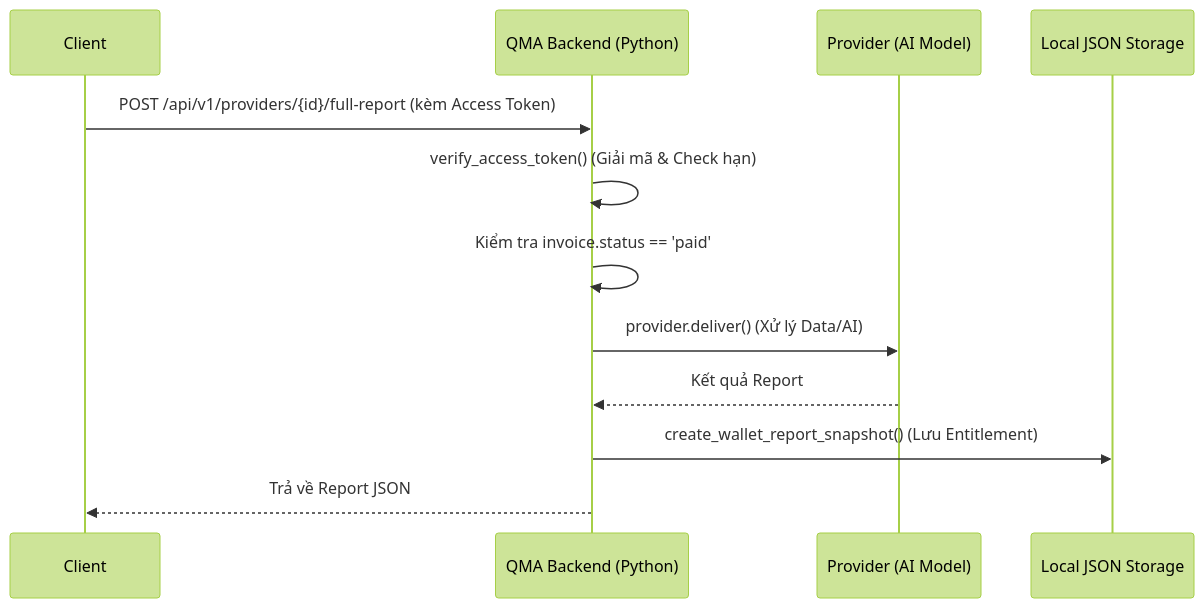
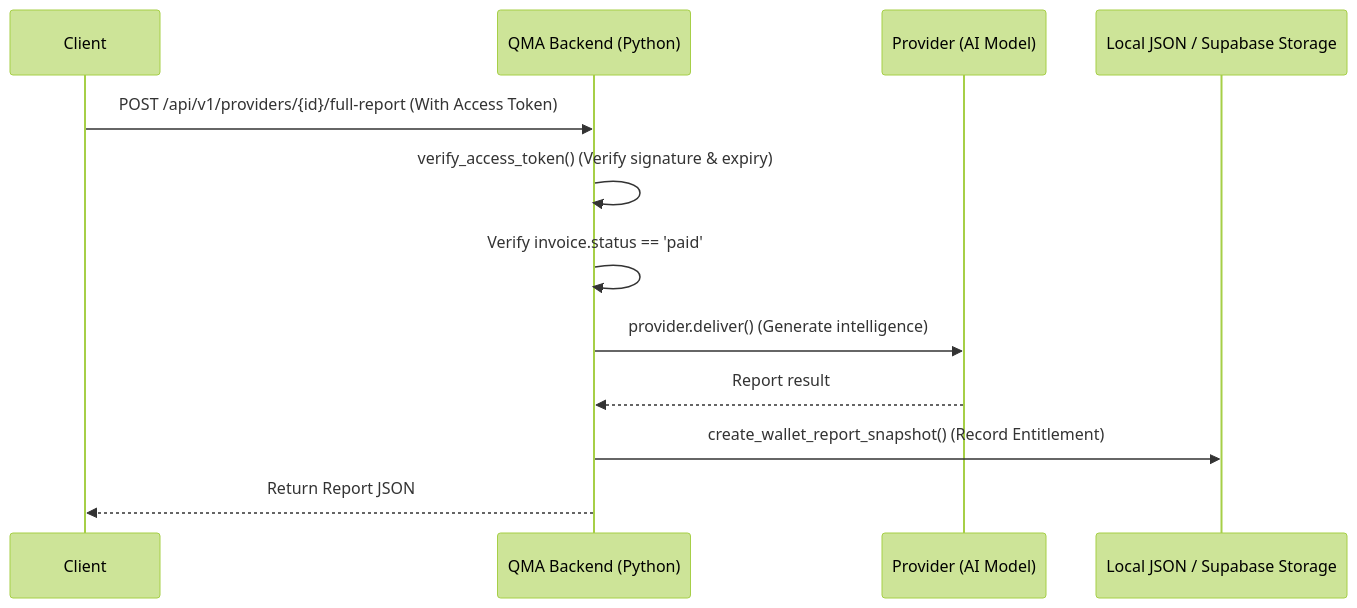
Before and after one commit to hoanlv214/qma: the second of 3 diagrams in docs/audit/04-data-flow.md, drawn with Mermaid (forest theme). The commit also changed other lines of this file and 39 other files, not shown here.

Commit message:
feat: implement agent wallet session management and add extensive documentation for system architecture, data flows, and audit logs.

````diff
--- a/docs/audit/04-data-flow.md
+++ b/docs/audit/04-data-flow.md
@@ -44,17 +44,17 @@
 ```mermaid
 sequenceDiagram
     participant Client
     participant Backend as QMA Backend (Python)
     participant Provider as Provider (AI Model)
-    participant Database as Local JSON Storage
+    participant Database as Local JSON / Supabase Storage
 
-    Client->>Backend: POST /api/v1/providers/{id}/full-report (kèm Access Token)
-    Backend->>Backend: verify_access_token() (Giải mã & Check hạn)
-    Backend->>Backend: Kiểm tra invoice.status == 'paid'
+    Client->>Backend: POST /api/v1/providers/{id}/full-report (With Access Token)
+    Backend->>Backend: verify_access_token() (Verify signature & expiry)
+    Backend->>Backend: Verify invoice.status == 'paid'
     
-    Backend->>Provider: provider.deliver() (Xử lý Data/AI)
-    Provider-->>Backend: Kết quả Report
+    Backend->>Provider: provider.deliver() (Generate intelligence)
+    Provider-->>Backend: Report result
     
-    Backend->>Database: create_wallet_report_snapshot() (Lưu Entitlement)
-    Backend-->>Client: Trả về Report JSON
+    Backend->>Database: create_wallet_report_snapshot() (Record Entitlement)
+    Backend-->>Client: Return Report JSON
 ```
````
